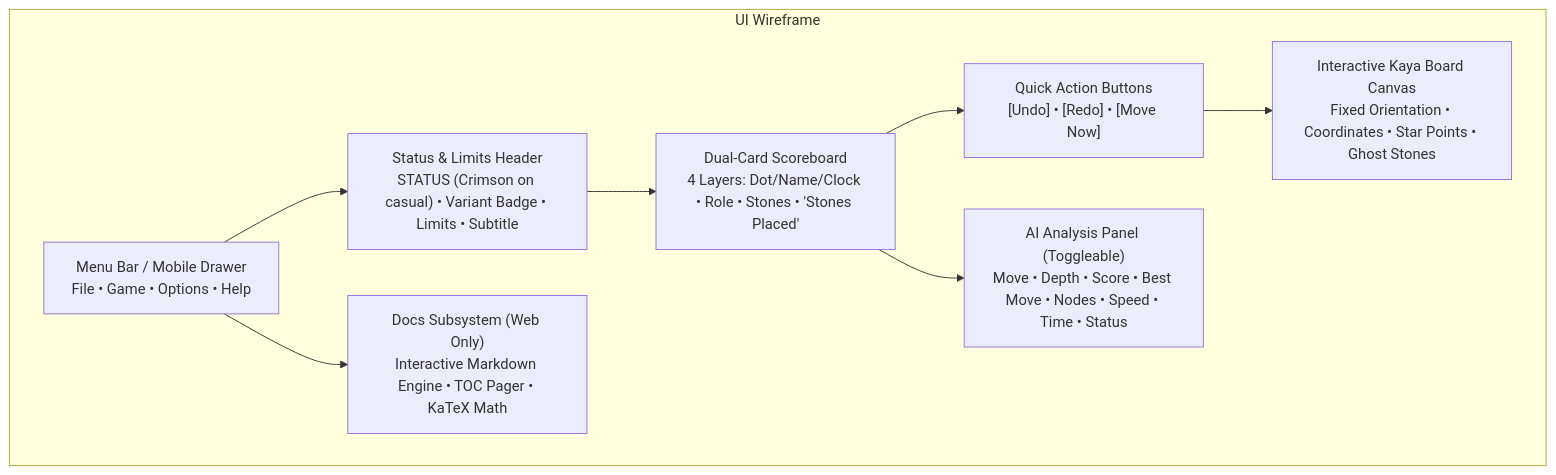
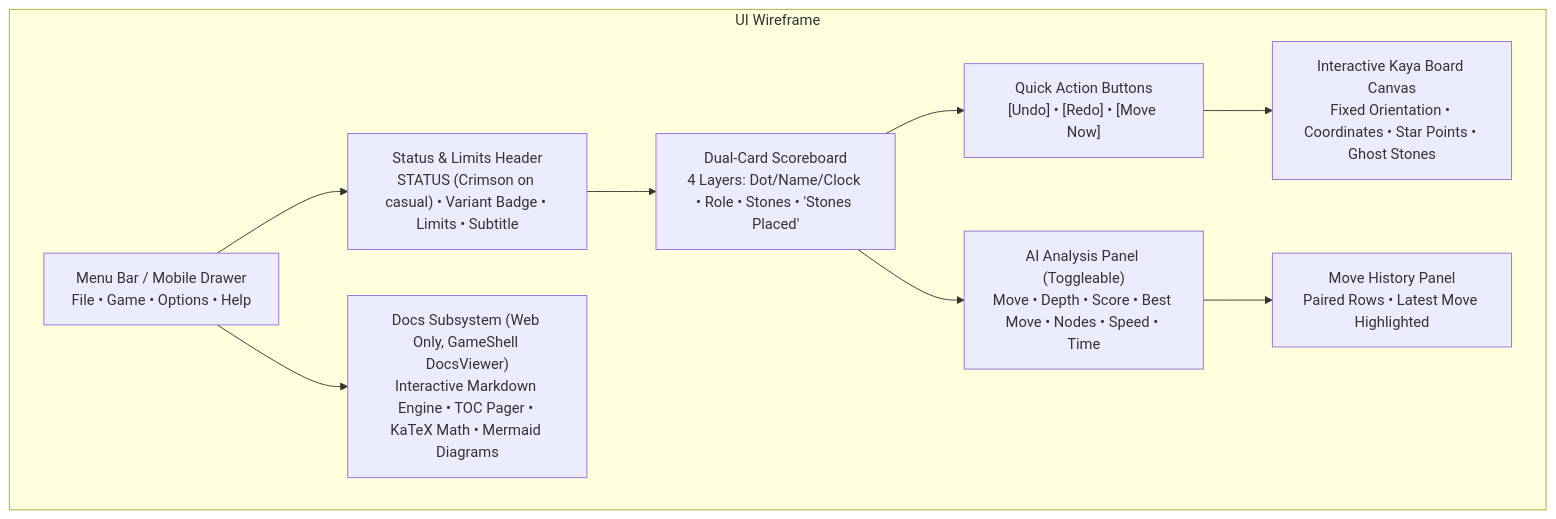
One commit to cjp-dev/Gomoku changed the diagram in docs/brain/13-ui-clients.md. Above: the diagram before and after it, drawn with Mermaid. The commit also changed other lines of this file and 26 other files, not shown here.

First line of the commit message:
Refresh docs for the GameShell GUI and recent fixes

````diff
--- a/docs/brain/13-ui-clients.md
+++ b/docs/brain/13-ui-clients.md
@@ -19,19 +19,21 @@
 ```mermaid
 graph TD
     subgraph UI Wireframe
         TopBar["Menu Bar / Mobile Drawer<br/>File • Game • Options • Help"]
         StatusHeader["Status &amp; Limits Header<br/>STATUS (Crimson on casual) • Variant Badge • Limits • Subtitle"]
         Scoreboard["Dual-Card Scoreboard<br/>4 Layers: Dot/Name/Clock • Role • Stones • 'Stones Placed'"]
         QuickActions["Quick Action Buttons<br/>[Undo] • [Redo] • [Move Now]"]
         Board["Interactive Kaya Board Canvas<br/>Fixed Orientation • Coordinates • Star Points • Ghost Stones"]
-        Analysis["AI Analysis Panel (Toggleable)<br/>Move • Depth • Score • Best Move • Nodes • Speed • Time • Status"]
-        DocViewer["Docs Subsystem (Web Only)<br/>Interactive Markdown Engine • TOC Pager • KaTeX Math"]
+        Analysis["AI Analysis Panel (Toggleable)<br/>Move • Depth • Score • Best Move • Nodes • Speed • Time"]
+        History["Move History Panel<br/>Paired Rows • Latest Move Highlighted"]
+        DocViewer["Docs Subsystem (Web Only, GameShell DocsViewer)<br/>Interactive Markdown Engine • TOC Pager • KaTeX Math • Mermaid Diagrams"]
     end
 
     TopBar --> StatusHeader
     StatusHeader --> Scoreboard
     Scoreboard --> QuickActions
     QuickActions --> Board
     Scoreboard --> Analysis
+    Analysis --> History
     TopBar --> DocViewer
 ```
````
